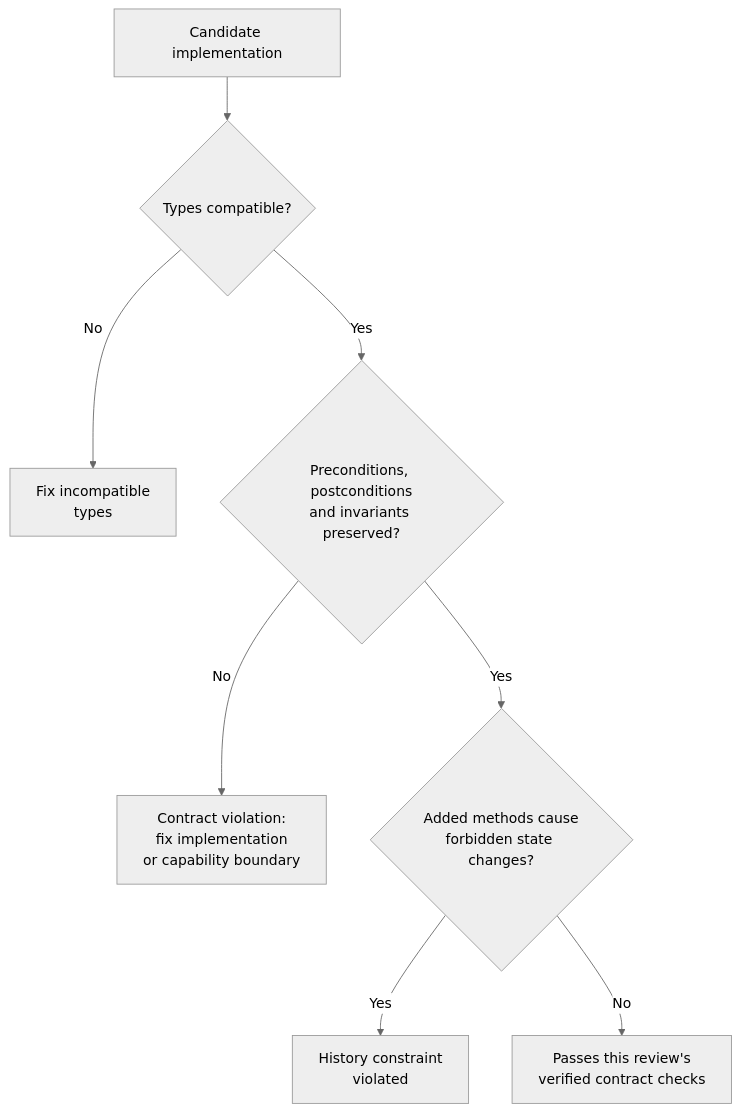
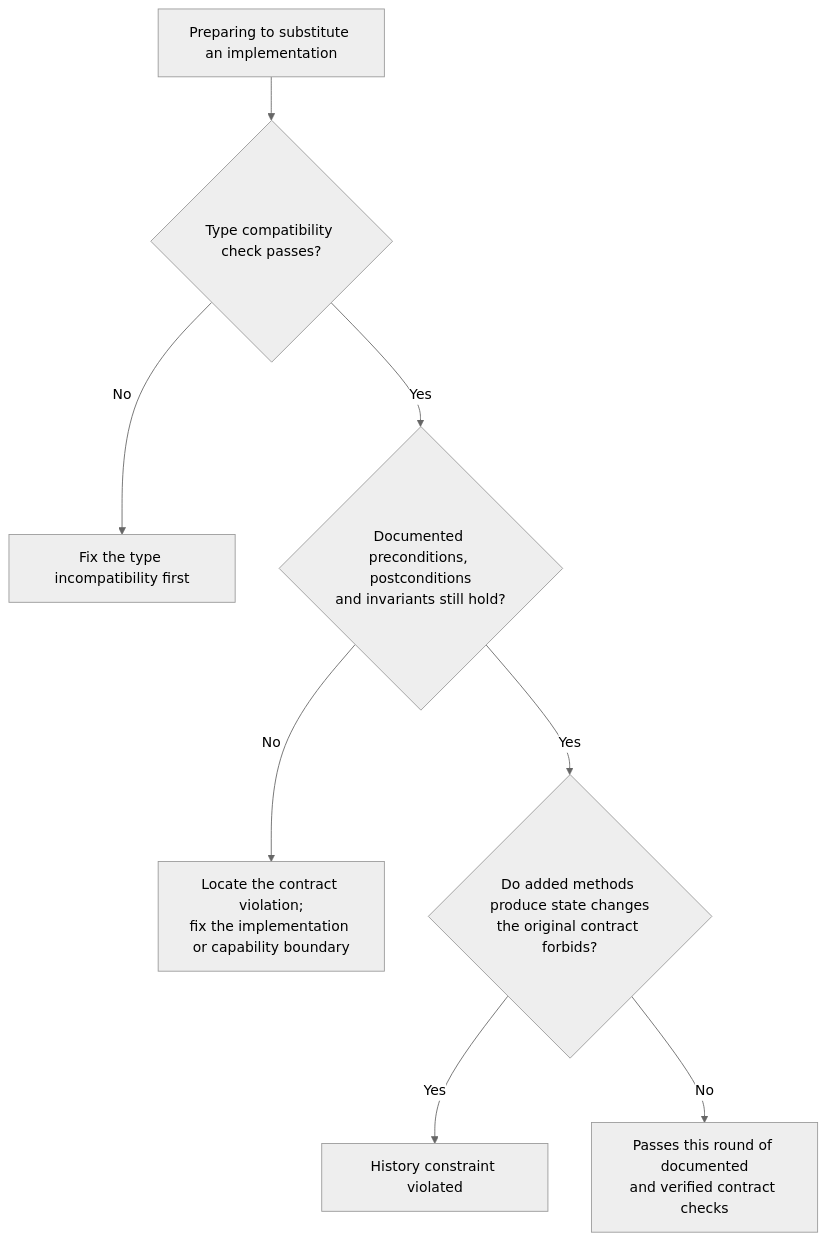
One commit to ffzz/blog changed the second of 2 diagrams in src/content/notes/en/liskov-what-the-signature-does-not-check.md. Above: the diagram before and after it, drawn with Mermaid (neutral theme). The commit also changed other lines of this file and 13 other files, not shown here.

````diff
--- a/src/content/notes/en/liskov-what-the-signature-does-not-check.md
+++ b/src/content/notes/en/liskov-what-the-signature-does-not-check.md
@@ -296,10 +395,10 @@
 ```mermaid
 flowchart TD
-    A["Candidate implementation"] --> B{"Types compatible?"}
-    B -- No --> C["Fix incompatible<br/>types"]
-    B -- Yes --> D{"Preconditions, postconditions<br/>and invariants preserved?"}
-    D -- No --> E["Contract violation:<br/>fix implementation<br/>or capability boundary"]
-    D -- Yes --> F{"Added methods cause<br/>forbidden state changes?"}
-    F -- Yes --> G["History constraint<br/>violated"]
-    F -- No --> H["Passes this review's<br/>verified contract checks"]
+    A["Preparing to substitute an implementation"] --> B{"Type compatibility check passes?"}
+    B -- No --> C["Fix the type incompatibility first"]
+    B -- Yes --> D{"Documented preconditions, postconditions<br/>and invariants still hold?"}
+    D -- No --> E["Locate the contract violation;<br/>fix the implementation or capability boundary"]
+    D -- Yes --> F{"Do added methods produce state changes<br/>the original contract forbids?"}
+    F -- Yes --> G["History constraint violated"]
+    F -- No --> H["Passes this round of documented<br/>and verified contract checks"]
 ```
````
